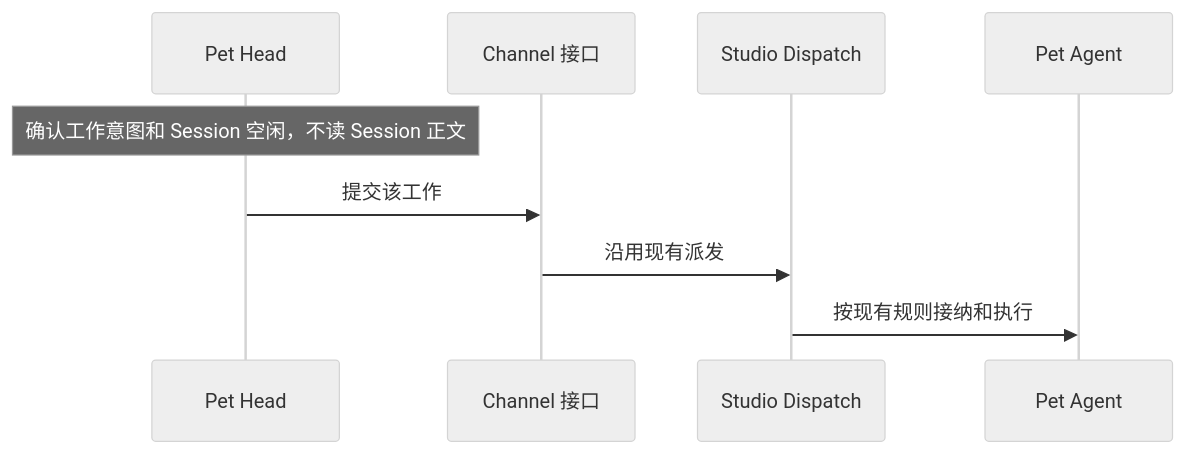
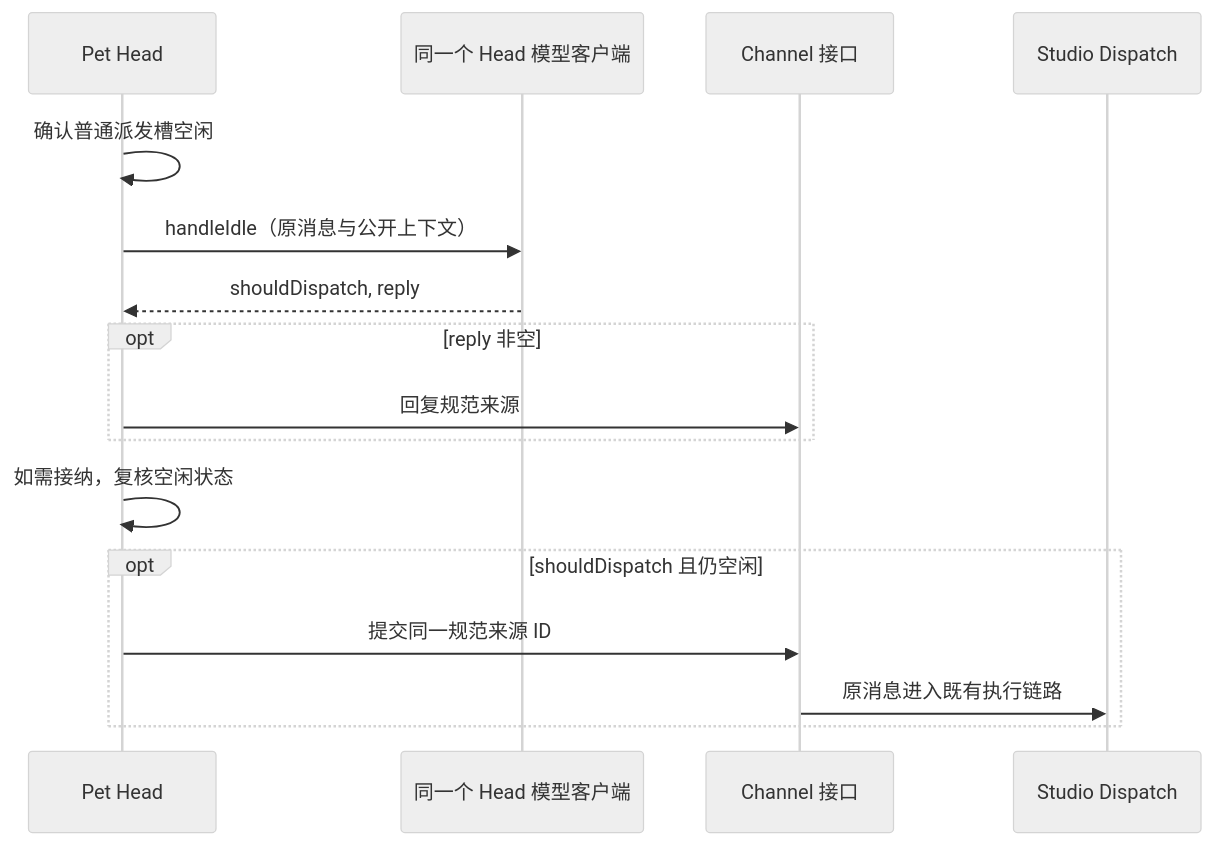
One commit to pinpawo/pinpawo-agent changed the third of 5 diagrams in docs/design/studio/pet-head-mechanism.md. Above: the diagram before and after it, drawn with Mermaid (neutral theme). The commit also changed other lines of this file and 26 other files, not shown here.

Commit message:
Separate Pet Head relevance from idle admission and busy replies

````diff
--- a/docs/design/studio/pet-head-mechanism.md
+++ b/docs/design/studio/pet-head-mechanism.md
@@ -86,11 +80,18 @@
 ```mermaid
 sequenceDiagram
     participant H as Pet Head
+    participant M as 同一个 Head 模型客户端
     participant C as Channel 接口
     participant D as Studio Dispatch
-    participant A as Pet Agent
-    Note over H: 确认工作意图和 Session 空闲，不读 Session 正文
-    H->>C: 提交该工作
-    C->>D: 沿用现有派发
-    D->>A: 按现有规则接纳和执行
+    H->>H: 确认普通派发槽空闲
+    H->>M: handleIdle（原消息与公开上下文）
+    M-->>H: shouldDispatch, reply
+    opt reply 非空
+        H->>C: 回复规范来源
+    end
+    H->>H: 如需接纳，复核空闲状态
+    opt shouldDispatch 且仍空闲
+        H->>C: 提交同一规范来源 ID
+        C->>D: 原消息进入既有执行链路
+    end
 ```
````
